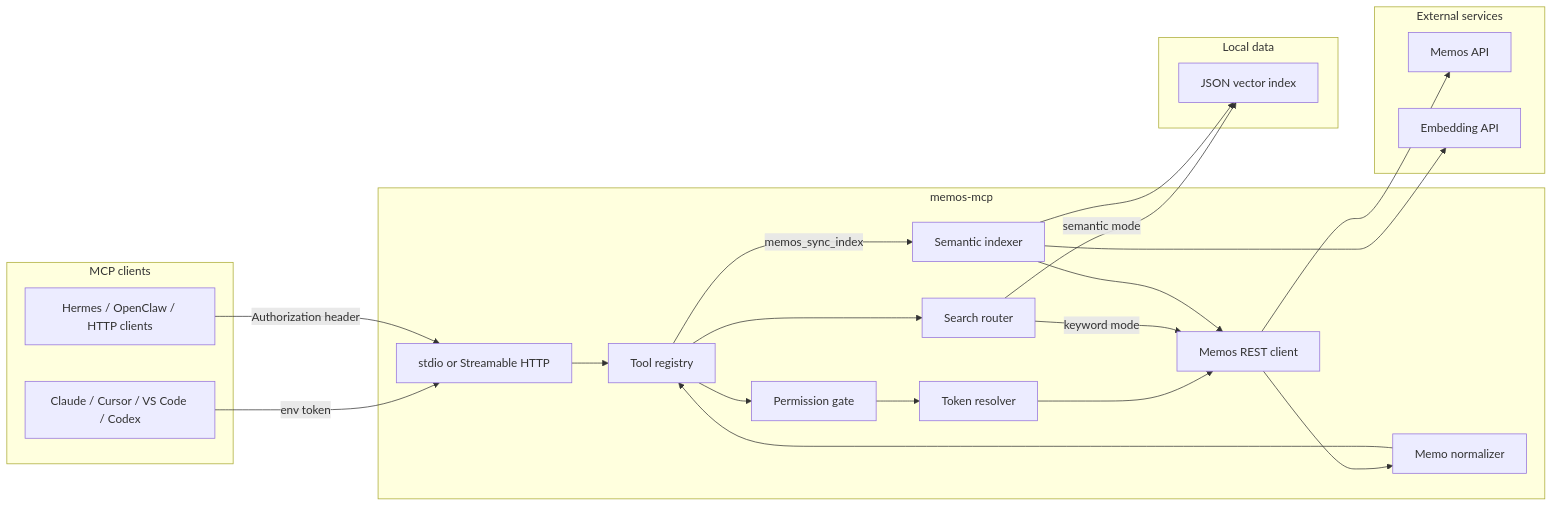
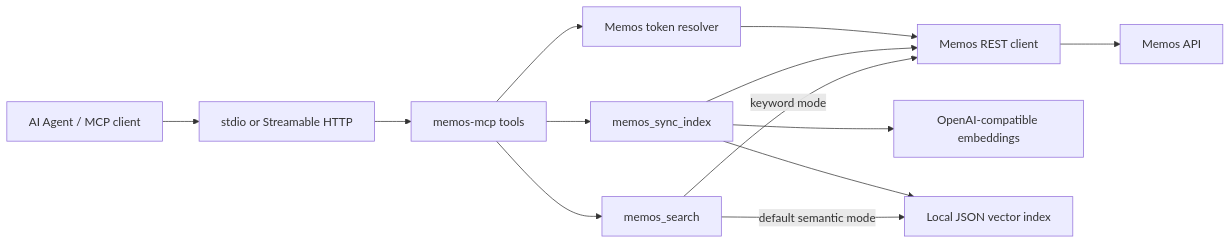
Before and after one commit to CharyeahOwO/memos-mcp: the diagram in README.md, drawn with Mermaid. The commit also changed other lines of this file and 31 other files, not shown here.

First line of the commit message:
refactor: update semantic search implementation and remove optional profile language

````diff
--- a/README.md
+++ b/README.md
@@ -64,39 +40,18 @@
 ```mermaid
 flowchart LR
-  subgraph Clients["MCP clients"]
-    StdioClients["Claude / Cursor / VS Code / Codex"]
-    HttpClients["Hermes / OpenClaw / HTTP clients"]
-  end
+  Agent["AI Agent / MCP client"] --> Transport["stdio or Streamable HTTP"]
+  Transport --> Tools["memos-mcp tools"]
 
-  subgraph Server["memos-mcp"]
-    Transport["stdio or Streamable HTTP"]
-    Registry["Tool registry"]
-    Gate["Permission gate"]
-    Auth["Token resolver"]
-    Api["Memos REST client"]
-    Normalize["Memo normalizer"]
-    Search["Search router"]
-    Indexer["Semantic indexer"]
-  end
+  Tools --> Auth["Memos token resolver"]
+  Auth --> MemosApi["Memos REST client"]
+  MemosApi --> Memos["Memos API"]
 
-  subgraph Data["Local data"]
-    Index["JSON vector index"]
-  end
+  Tools --> Sync["memos_sync_index"]
+  Sync --> MemosApi
+  Sync --> Embed["OpenAI-compatible embeddings"]
+  Sync --> Index["Local JSON vector index"]
 
-  subgraph External["External services"]
-    Memos["Memos API"]
-    Embed["Embedding API"]
-  end
-
-  StdioClients -->|env token| Transport
-  HttpClients -->|Authorization header| Transport
-  Transport --> Registry --> Gate --> Auth --> Api --> Memos
-  Api --> Normalize --> Registry
-  Registry --> Search
-  Search -->|keyword mode| Api
-  Search -->|semantic mode| Index
-  Registry -->|memos_sync_index| Indexer
-  Indexer --> Api
-  Indexer --> Embed
-  Indexer --> Index
+  Tools --> Search["memos_search"]
+  Search -->|default semantic mode| Index
+  Search -->|keyword mode| MemosApi
 ```
````
